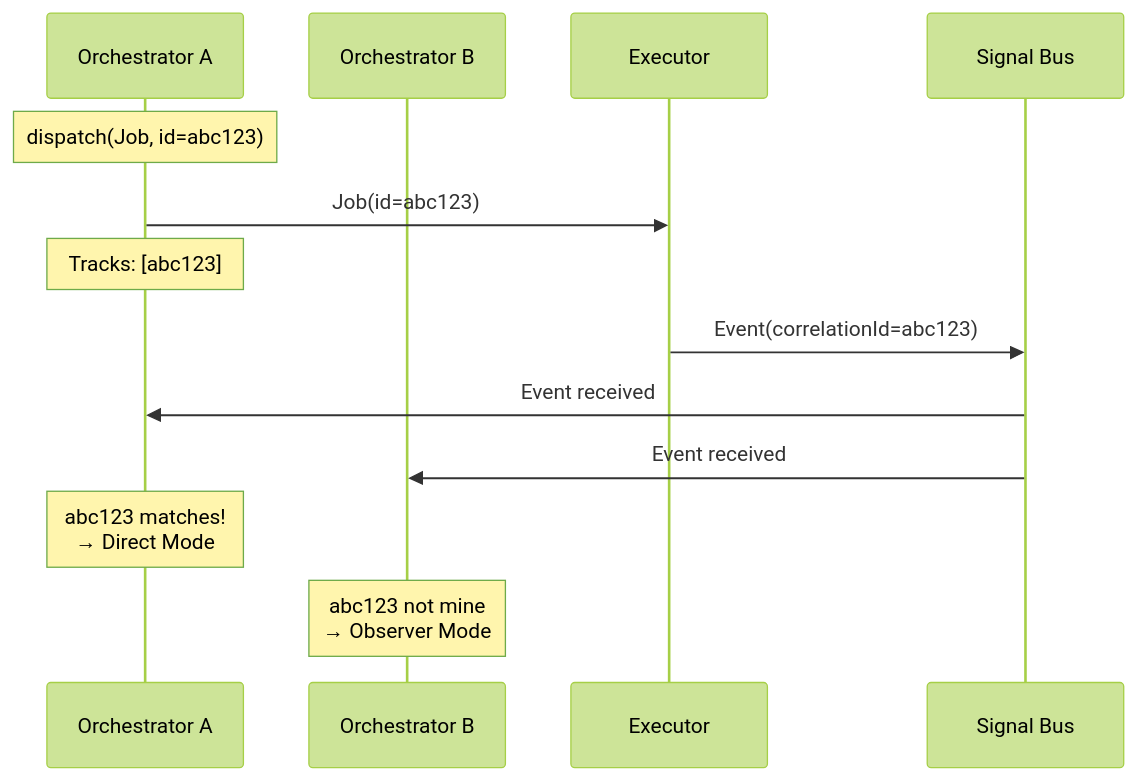
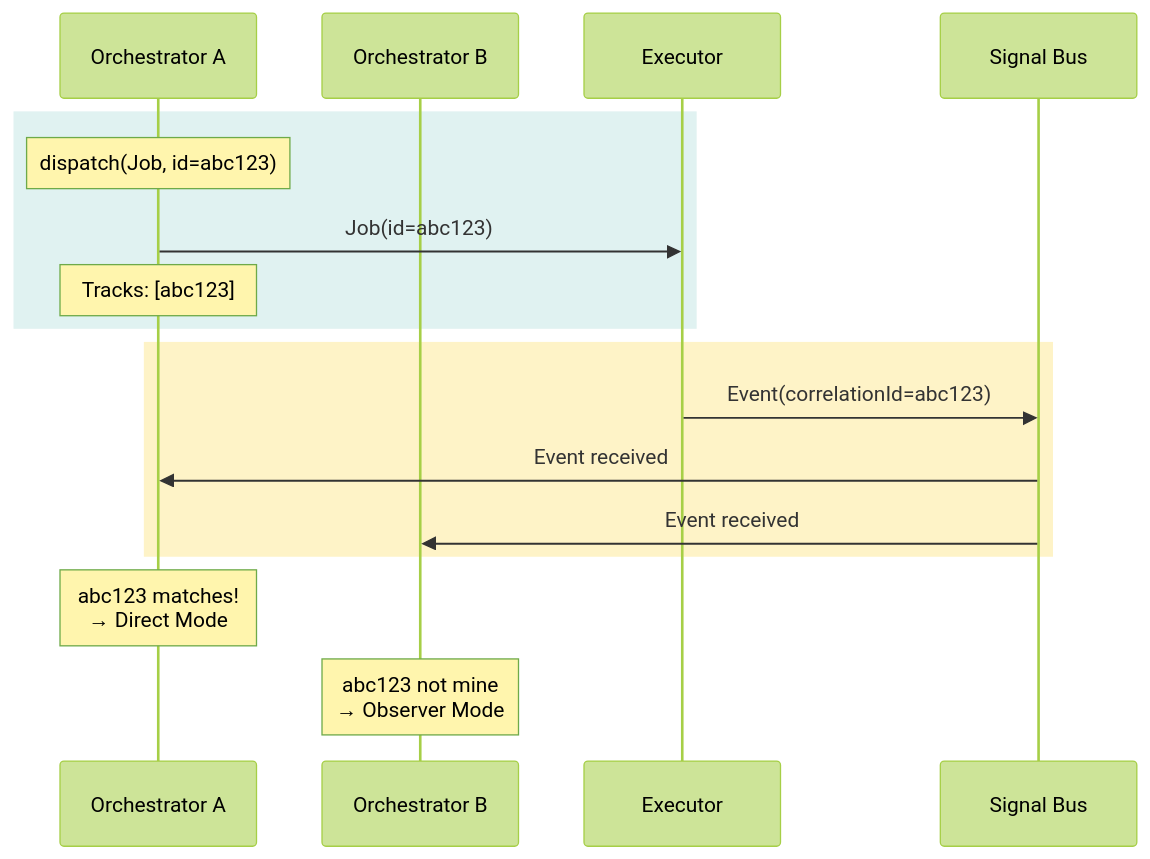
Before and after one commit to lploc94/flutter_orchestrator: the tenth of 11 diagrams in book/chapters/02_architecture_concepts.md, drawn with Mermaid (forest theme). The commit also changed other lines of this file and 3 other files, not shown here.

````diff
--- a/book/chapters/02_architecture_concepts.md
+++ b/book/chapters/02_architecture_concepts.md
@@ -274,18 +322,22 @@
 ```mermaid
 sequenceDiagram
     participant Orch as Orchestrator A
     participant Orch2 as Orchestrator B
     participant Exec as Executor
     participant Bus as Signal Bus
     
-    Note over Orch: dispatch(Job, id=abc123)
-    Orch->>Exec: Job(id=abc123)
-    Note over Orch: Tracks: [abc123]
+    rect rgb(224, 242, 241)
+        Note over Orch: dispatch(Job, id=abc123)
+        Orch->>Exec: Job(id=abc123)
+        Note over Orch: Tracks: [abc123]
+    end
     
-    Exec->>Bus: Event(correlationId=abc123)
-    Bus->>Orch: Event received
-    Bus->>Orch2: Event received
+    rect rgb(254, 243, 199)
+        Exec->>Bus: Event(correlationId=abc123)
+        Bus->>Orch: Event received
+        Bus->>Orch2: Event received
+    end
     
     Note over Orch: abc123 matches!<br/>→ Direct Mode
     Note over Orch2: abc123 not mine<br/>→ Observer Mode
 ```
````
